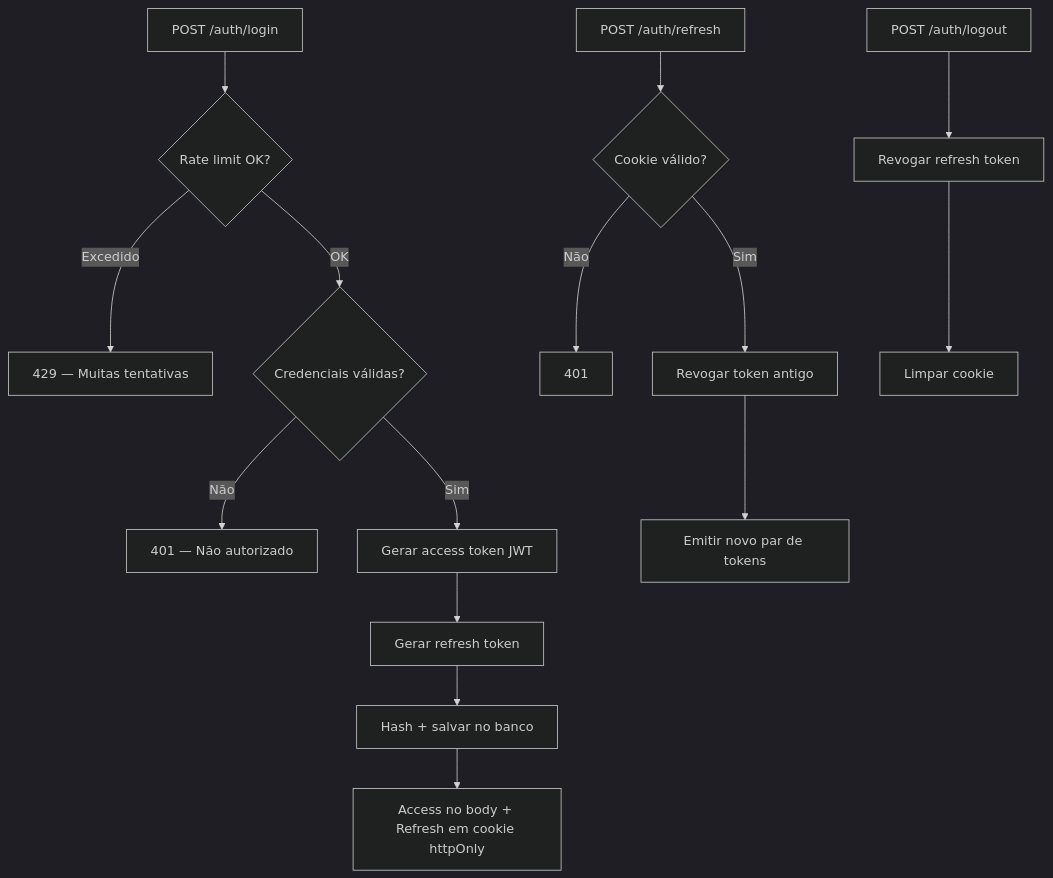
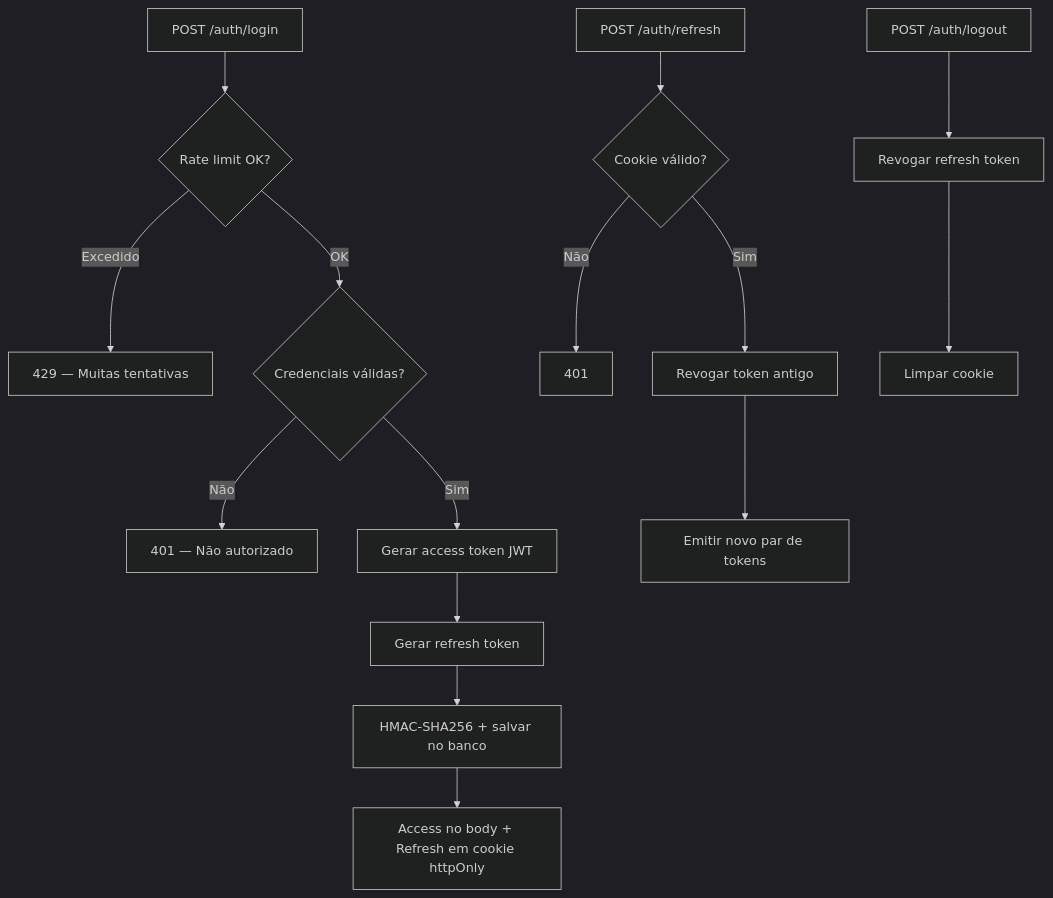
Before and after one commit to LuizGGoncalves/Voltz: the second of 4 diagrams in README.md, drawn with Mermaid (dark theme). The commit also changed other lines of this file and 4 other files, not shown here.

````diff
--- a/README.md
+++ b/README.md
@@ -55,19 +56,19 @@
 ```mermaid
 flowchart TD
     A[POST /auth/login] --> B{Rate limit OK?}
     B -->|Excedido| C[429 — Muitas tentativas]
     B -->|OK| D{Credenciais válidas?}
     D -->|Não| E[401 — Não autorizado]
     D -->|Sim| F[Gerar access token JWT]
     F --> G[Gerar refresh token]
-    G --> H[Hash + salvar no banco]
+    G --> H[HMAC-SHA256 + salvar no banco]
     H --> I[Access no body + Refresh em cookie httpOnly]
 
     J[POST /auth/refresh] --> K{Cookie válido?}
     K -->|Não| L[401]
     K -->|Sim| M[Revogar token antigo]
     M --> N[Emitir novo par de tokens]
 
     O[POST /auth/logout] --> P[Revogar refresh token]
     P --> Q[Limpar cookie]
 ```
````
